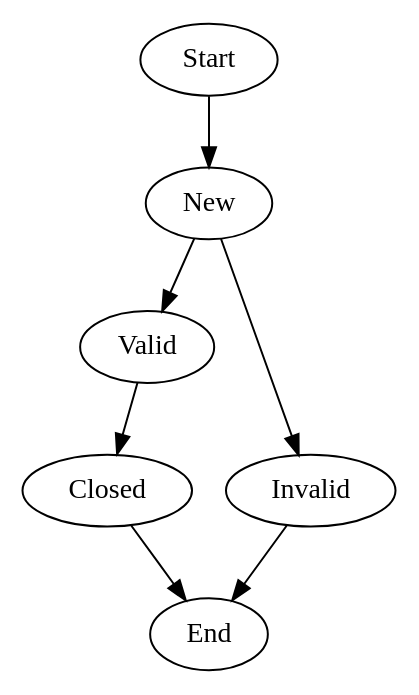
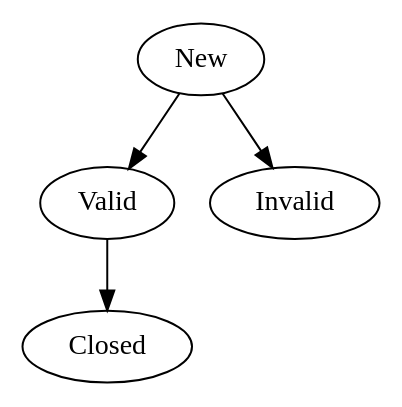
Before and after one commit to schmittjoh/JMSPaymentCoreBundle: the first of 3 diagrams in Resources/doc/model.rst, drawn with Graphviz. The commit also changed other lines of this file and 4 other files, not shown here.

```diff
--- a/Resources/doc/model.rst
+++ b/Resources/doc/model.rst
@@ -14,8 +14,5 @@
 .. digraph:: PaymentInstruction_State_Flow
 
-    "Start" -> "New";
     "New" -> "Valid";
     "New" -> "Invalid";
     "Valid" -> "Closed";
-    "Invalid" -> "End";
-    "Closed" -> "End";
```
